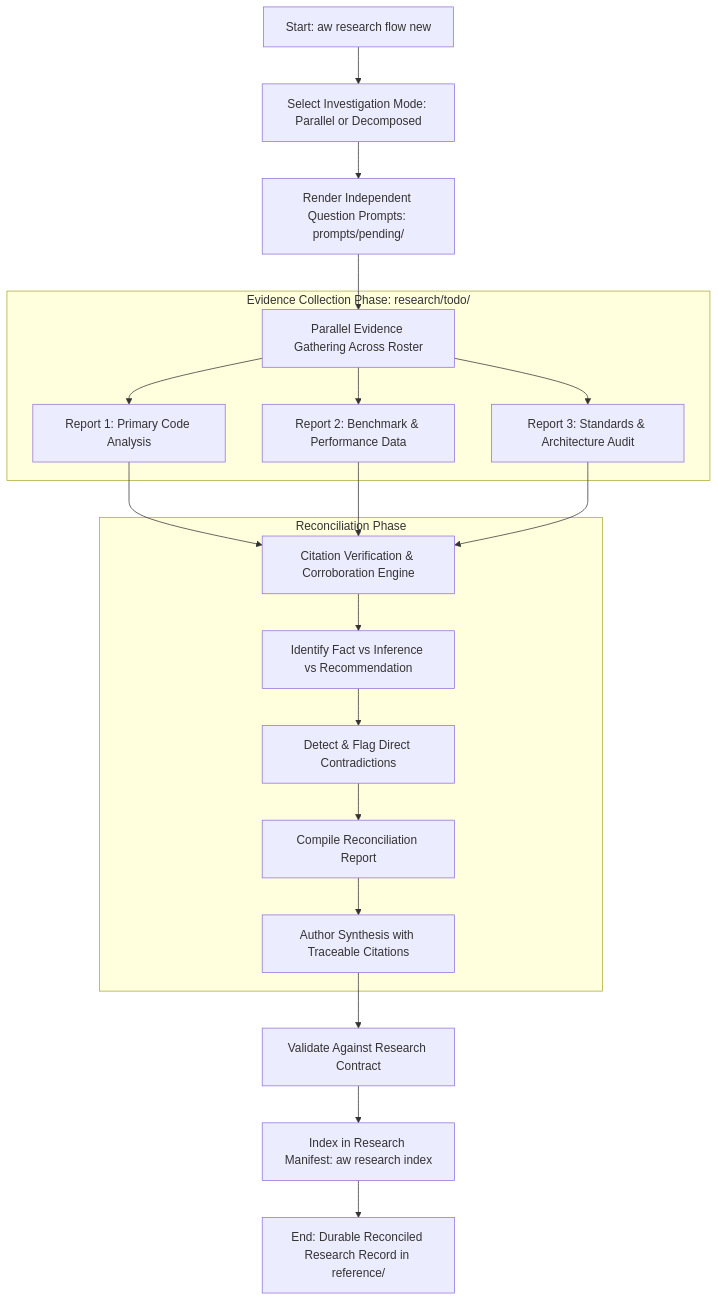
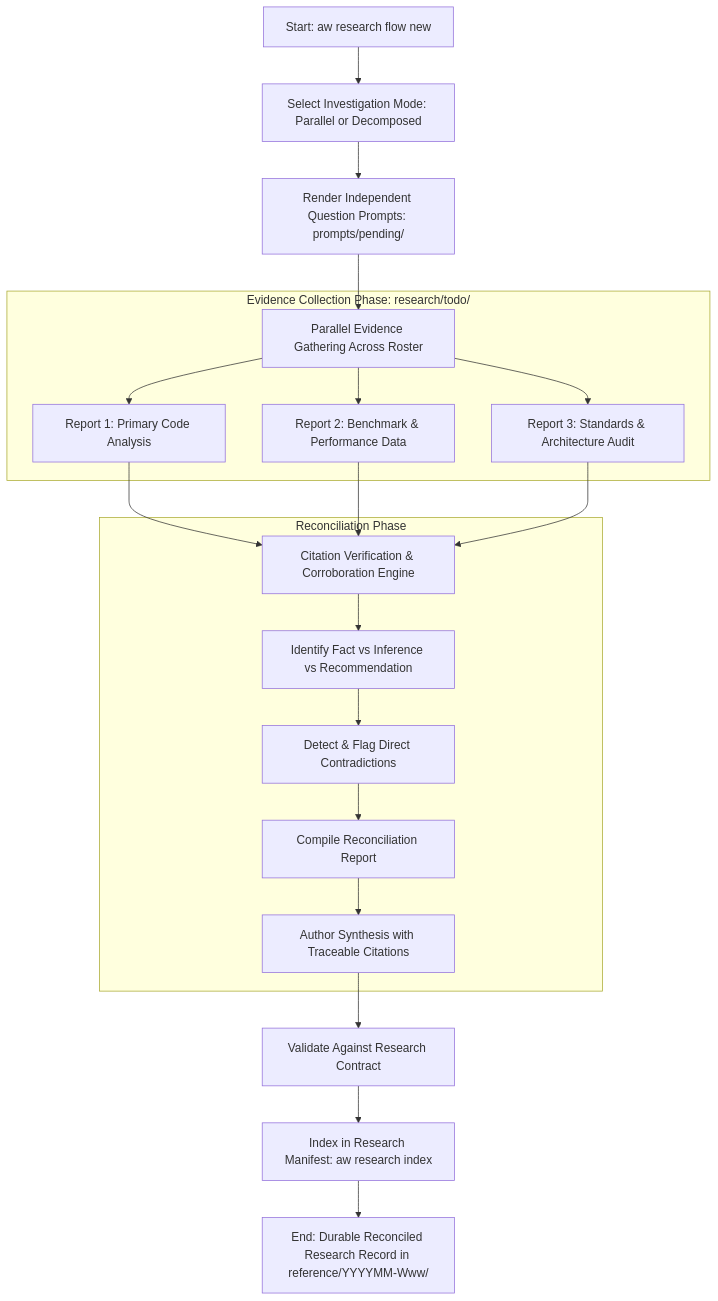
One commit to fariello/agent-workflows changed the third of 4 diagrams in .aw/records/specs/draft/20261024-specflow-01-18hh1u-spec-research-synthesis.spec.md. Above: the diagram before and after it, drawn with Mermaid. The commit also changed other lines of this file and 1 other file, not shown here.

````diff
--- a/.aw/records/specs/draft/20261024-specflow-01-18hh1u-spec-research-synthesis.spec.md
+++ b/.aw/records/specs/draft/20261024-specflow-01-18hh1u-spec-research-synthesis.spec.md
@@ -735,27 +759,27 @@
 ```mermaid
 flowchart TD
     RA[Start: aw research flow new] --> RB[Select Investigation Mode: Parallel or Decomposed]
     RB --> RC[Render Independent Question Prompts: prompts/pending/]
     RC --> RD[Parallel Evidence Gathering Across Roster]
 
     subgraph Evidence Collection Phase: research/todo/
         RD --> RE1[Report 1: Primary Code Analysis]
         RD --> RE2[Report 2: Benchmark & Performance Data]
         RD --> RE3[Report 3: Standards & Architecture Audit]
     end
 
     RE1 --> RF[Citation Verification & Corroboration Engine]
     RE2 --> RF
     RE3 --> RF
 
     subgraph Reconciliation Phase
         RF --> RG[Identify Fact vs Inference vs Recommendation]
         RG --> RH[Detect & Flag Direct Contradictions]
         RH --> RI[Compile Reconciliation Report]
         RI --> RJ[Author Synthesis with Traceable Citations]
     end
 
     RJ --> RK[Validate Against Research Contract]
     RK --> RL[Index in Research Manifest: aw research index]
-    RL --> RM[End: Durable Reconciled Research Record in reference/]
+    RL --> RM[End: Durable Reconciled Research Record in reference/YYYYMM-Www/]
 ```
````
